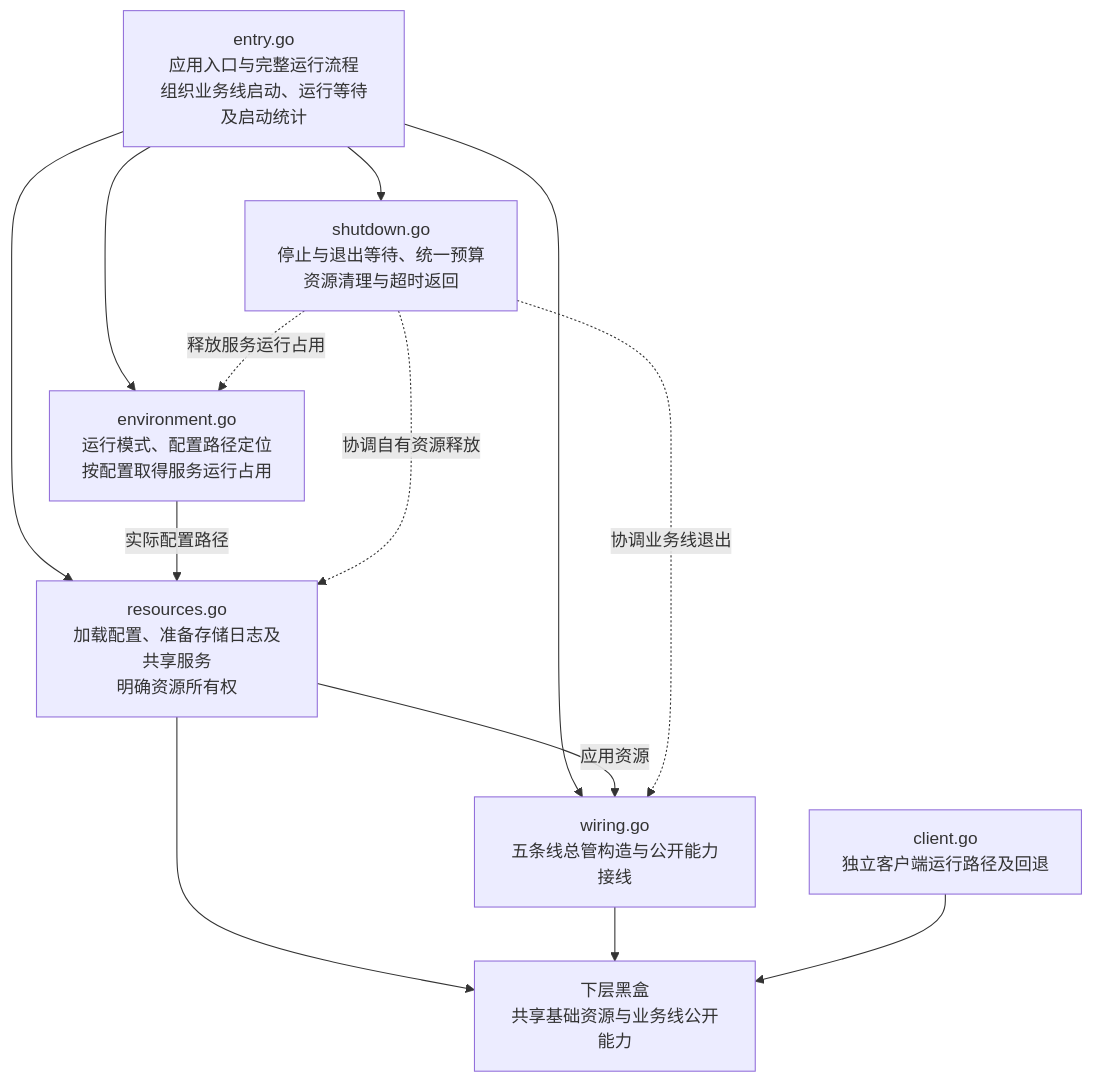
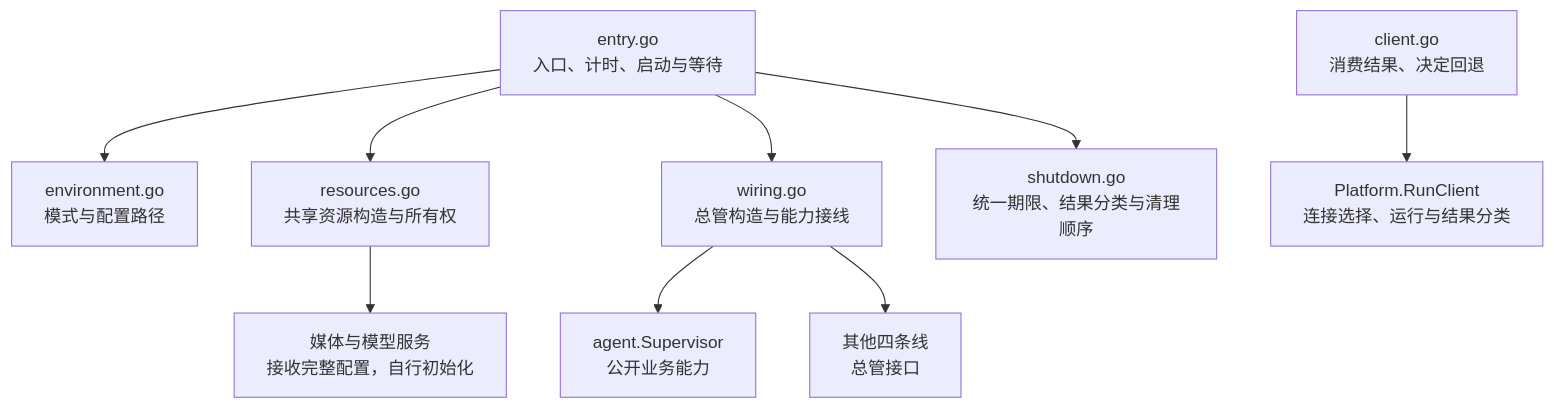
One commit to Elflare/elbot changed the diagram in devdocs/app-design.md. Above: the diagram before and after it, drawn with Mermaid. The commit also changed other lines of this file and 66 other files, not shown here.

````diff
--- a/devdocs/app-design.md
+++ b/devdocs/app-design.md
@@ -30,19 +18,11 @@
 ```mermaid
 flowchart TB
-    E["entry.go<br/>应用入口与完整运行流程<br/>组织业务线启动、运行等待及启动统计"]
-    ENV["environment.go<br/>运行模式、配置路径定位<br/>按配置取得服务运行占用"]
-    R["resources.go<br/>加载配置、准备存储日志及共享服务<br/>明确资源所有权"]
-    W["wiring.go<br/>五条线总管构造与公开能力接线"]
-    S["shutdown.go<br/>停止与退出等待、统一预算<br/>资源清理与超时返回"]
-    C["client.go<br/>独立客户端运行路径及回退"]
-    X["下层黑盒<br/>共享基础资源与业务线公开能力"]
-    E --> ENV & R & W & S
-    ENV -->|实际配置路径| R
-    R -->|应用资源| W
-    S -.->|释放服务运行占用| ENV
-    S -.->|协调自有资源释放| R
-    S -.->|协调业务线退出| W
-    R --> X
-    W --> X
-    C --> X
+    E["entry.go<br/>入口、计时、启动与等待"] --> ENV["environment.go<br/>模式与配置路径"]
+    E --> R["resources.go<br/>共享资源构造与所有权"]
+    E --> W["wiring.go<br/>总管构造与能力接线"]
+    E --> S["shutdown.go<br/>统一期限、结果分类与清理顺序"]
+    R --> M["媒体与模型服务<br/>接收完整配置，自行初始化"]
+    W --> A["agent.Supervisor<br/>公开业务能力"]
+    W --> O["其他四条线<br/>总管接口"]
+    C["client.go<br/>消费结果、决定回退"] --> P["Platform.RunClient<br/>连接选择、运行与结果分类"]
 ```
````
